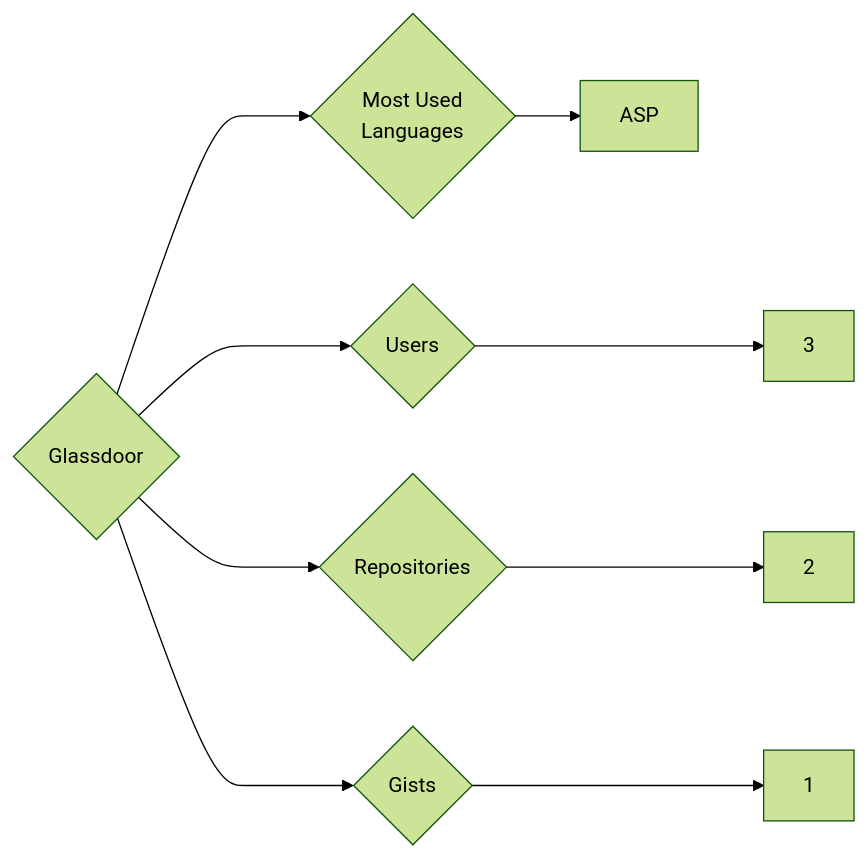
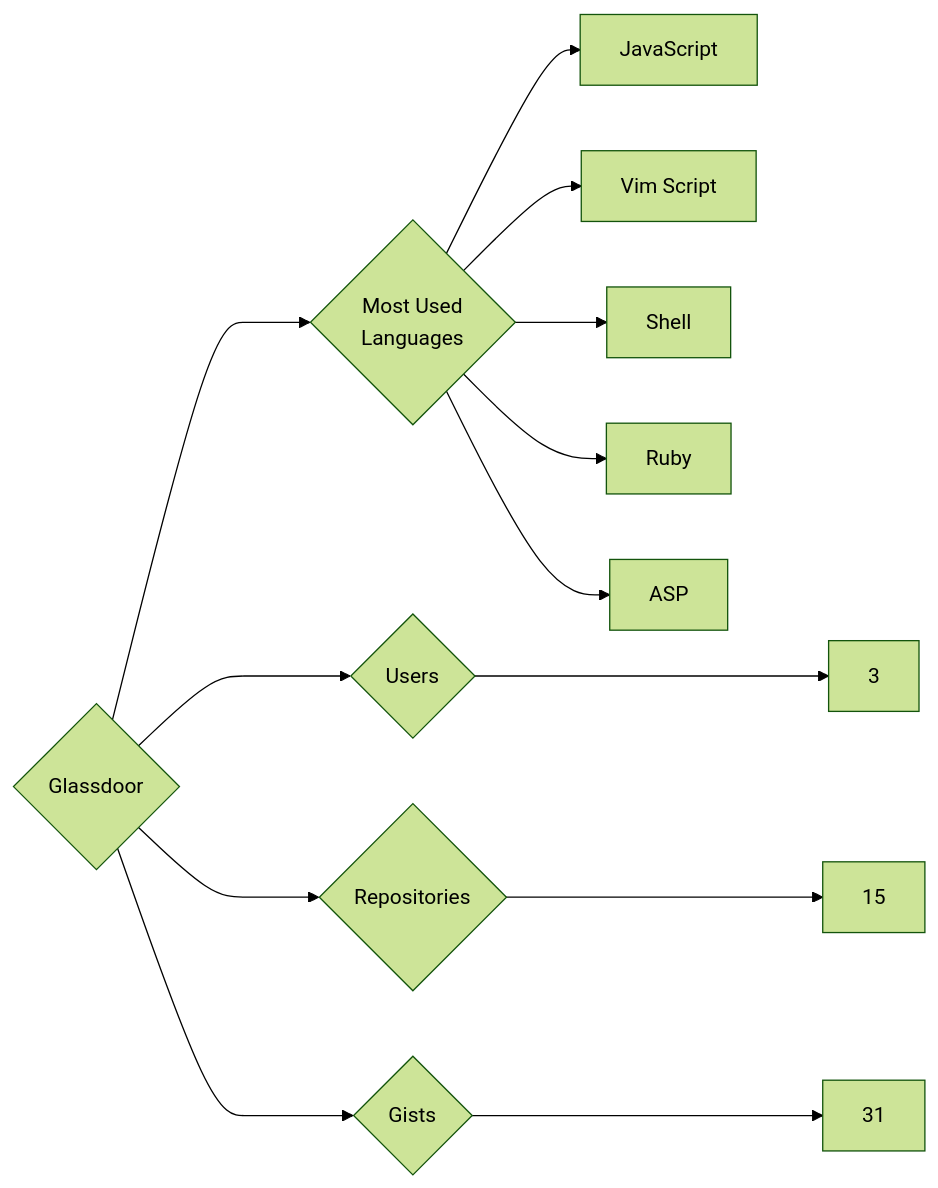
Before and after one commit to trickest/insiders: the diagram in targets/Glassdoor/README.md, drawn with Mermaid (forest theme). The commit also changed 912 other files, not shown here.

````diff
--- a/targets/Glassdoor/README.md
+++ b/targets/Glassdoor/README.md
@@ -3,9 +3,13 @@
 ```mermaid
 graph LR
 COMPANY_NAME{Glassdoor}
 COMPANY_NAME ---> U{Users} ---> UN[3]
-COMPANY_NAME ---> R{Repositories} ---> RN[2]
-COMPANY_NAME ---> G{Gists} ---> GN[1]
+COMPANY_NAME ---> R{Repositories} ---> RN[15]
+COMPANY_NAME ---> G{Gists} ---> GN[31]
 COMPANY_NAME ---> ML{Most Used<br>Languages}
+ML --> JavaScript[JavaScript]
+ML --> Vim_Script[Vim Script]
+ML --> Shell[Shell]
+ML --> Ruby[Ruby]
 ML --> ASP[ASP]
 ```
````
